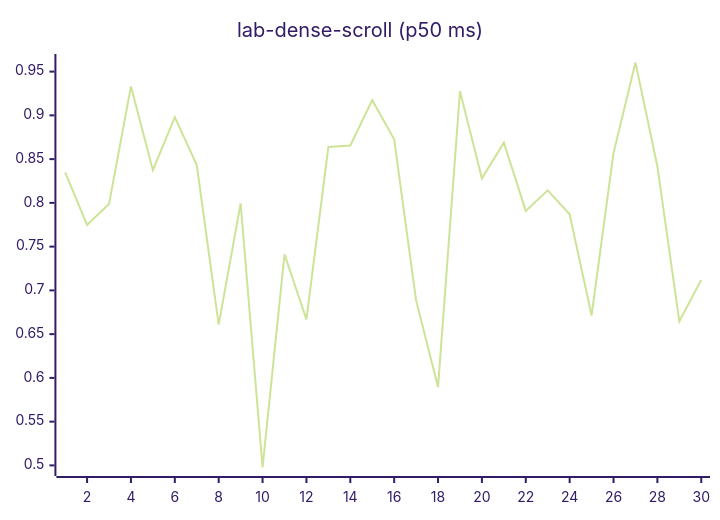
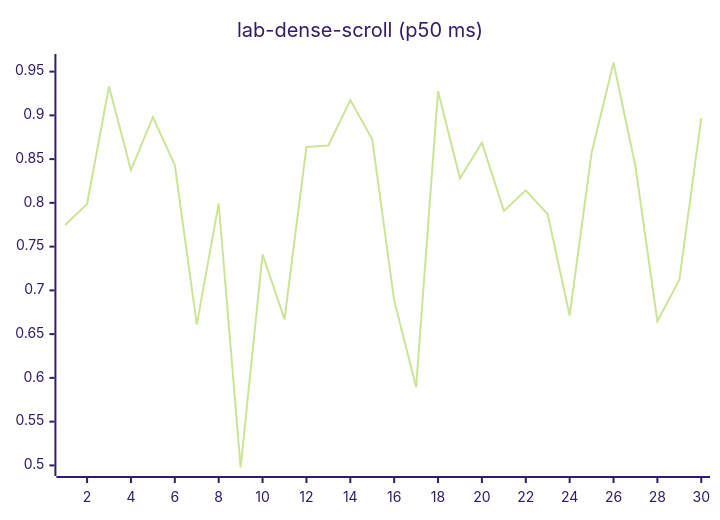
Diagram 12 of 27 in README.md (josha/Facet), drawn with Mermaid (forest theme) before and after one commit. The commit also changed other lines of this file and 2 other files, not shown here.

````diff
--- a/README.md
+++ b/README.md
@@ -140,6 +140,6 @@
 ```mermaid
 xychart-beta
     title "lab-dense-scroll (p50 ms)"
     x-axis 1 --> 30
-    line [0.8349, 0.7748, 0.7987, 0.9331, 0.8374, 0.8979, 0.8432, 0.6608, 0.7993, 0.4976, 0.7412, 0.6669, 0.8638, 0.8655, 0.9174, 0.8727, 0.6887, 0.5895, 0.9275, 0.8280, 0.8687, 0.7908, 0.8143, 0.7869, 0.6713, 0.8570, 0.9604, 0.8416, 0.6647, 0.7120]
+    line [0.7748, 0.7987, 0.9331, 0.8374, 0.8979, 0.8432, 0.6608, 0.7993, 0.4976, 0.7412, 0.6669, 0.8638, 0.8655, 0.9174, 0.8727, 0.6887, 0.5895, 0.9275, 0.8280, 0.8687, 0.7908, 0.8143, 0.7869, 0.6713, 0.8570, 0.9604, 0.8416, 0.6647, 0.7120, 0.8968]
 ```
````
